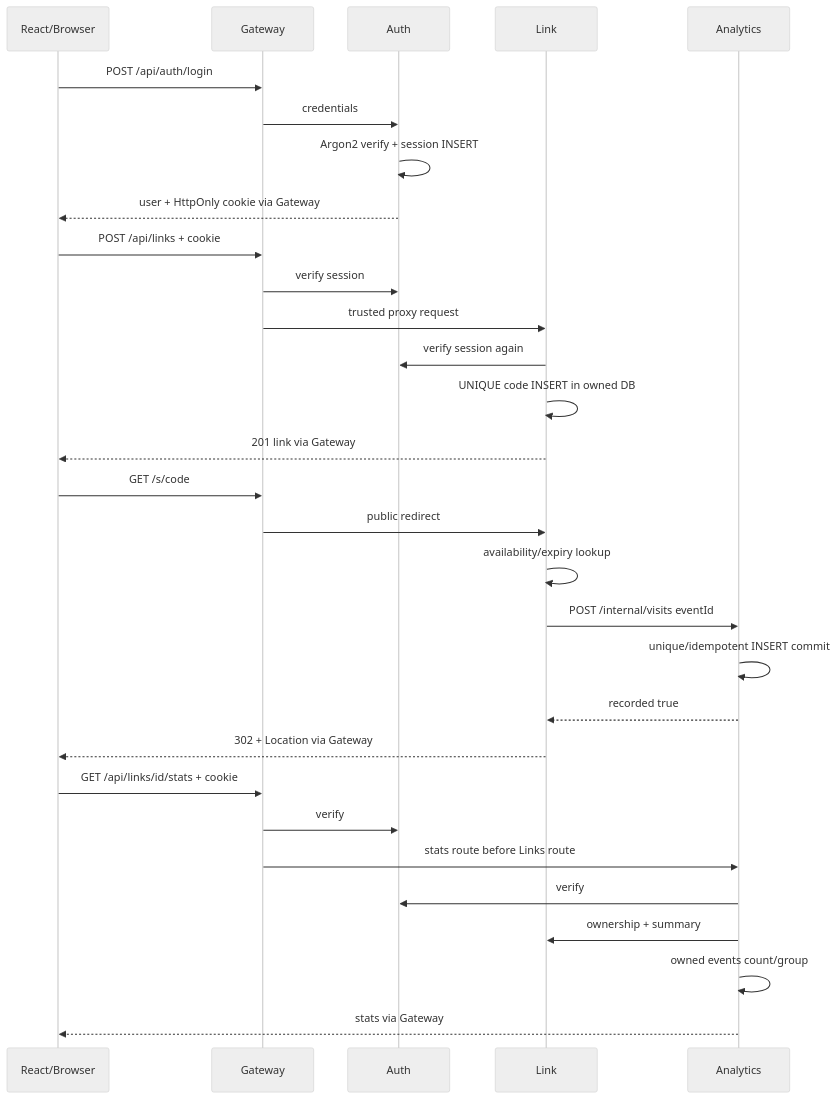
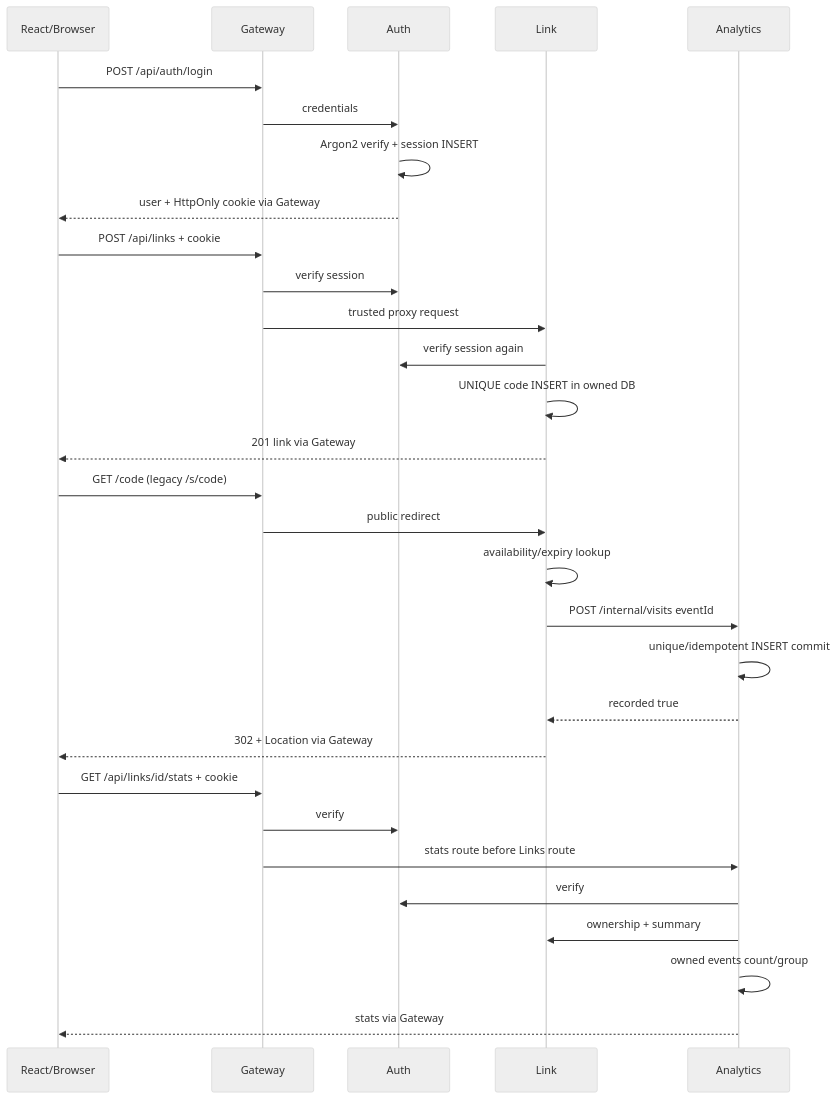
One commit to joe9856/Project_Short_URL changed the diagram in docs/diagrams/sequences.mmd. Above: the diagram before and after it, drawn with Mermaid (neutral theme). The commit also changed 36 other files, not shown here.

```diff
--- a/docs/diagrams/sequences.mmd
+++ b/docs/diagrams/sequences.mmd
@@ -1,30 +1,30 @@
 sequenceDiagram
   participant UI as React/Browser
   participant G as Gateway
   participant A as Auth
   participant L as Link
   participant S as Analytics
   UI->>G: POST /api/auth/login
   G->>A: credentials
   A->>A: Argon2 verify + session INSERT
   A-->>UI: user + HttpOnly cookie via Gateway
   UI->>G: POST /api/links + cookie
   G->>A: verify session
   G->>L: trusted proxy request
   L->>A: verify session again
   L->>L: UNIQUE code INSERT in owned DB
   L-->>UI: 201 link via Gateway
-  UI->>G: GET /s/code
+  UI->>G: GET /code (legacy /s/code)
   G->>L: public redirect
   L->>L: availability/expiry lookup
   L->>S: POST /internal/visits eventId
   S->>S: unique/idempotent INSERT commit
   S-->>L: recorded true
   L-->>UI: 302 + Location via Gateway
   UI->>G: GET /api/links/id/stats + cookie
   G->>A: verify
   G->>S: stats route before Links route
   S->>A: verify
   S->>L: ownership + summary
   S->>S: owned events count/group
   S-->>UI: stats via Gateway
```
